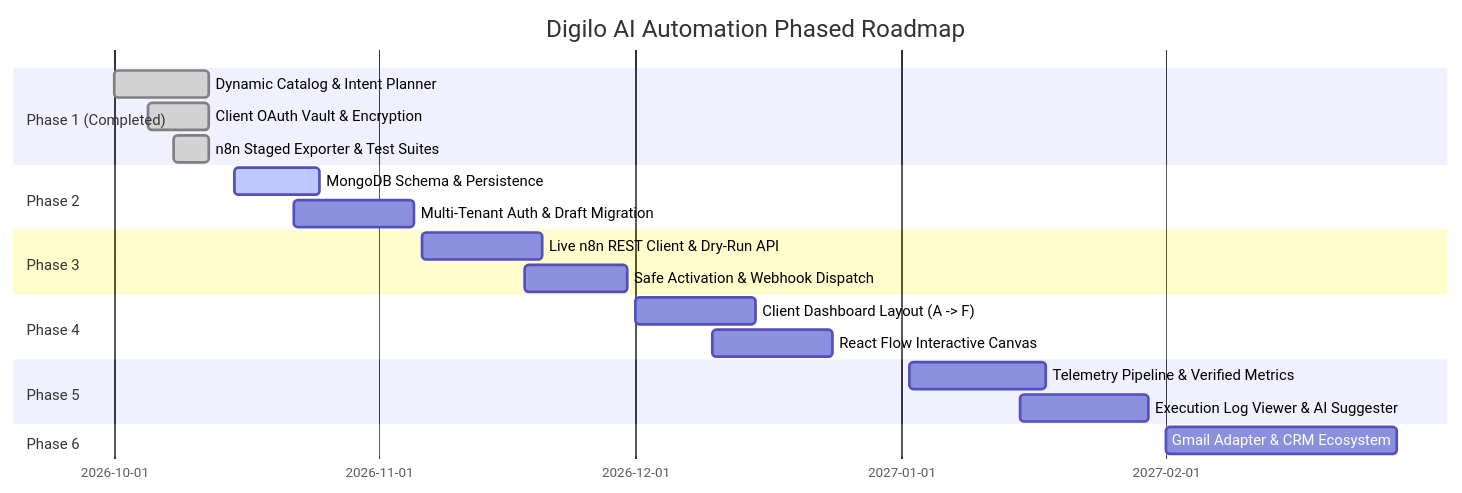
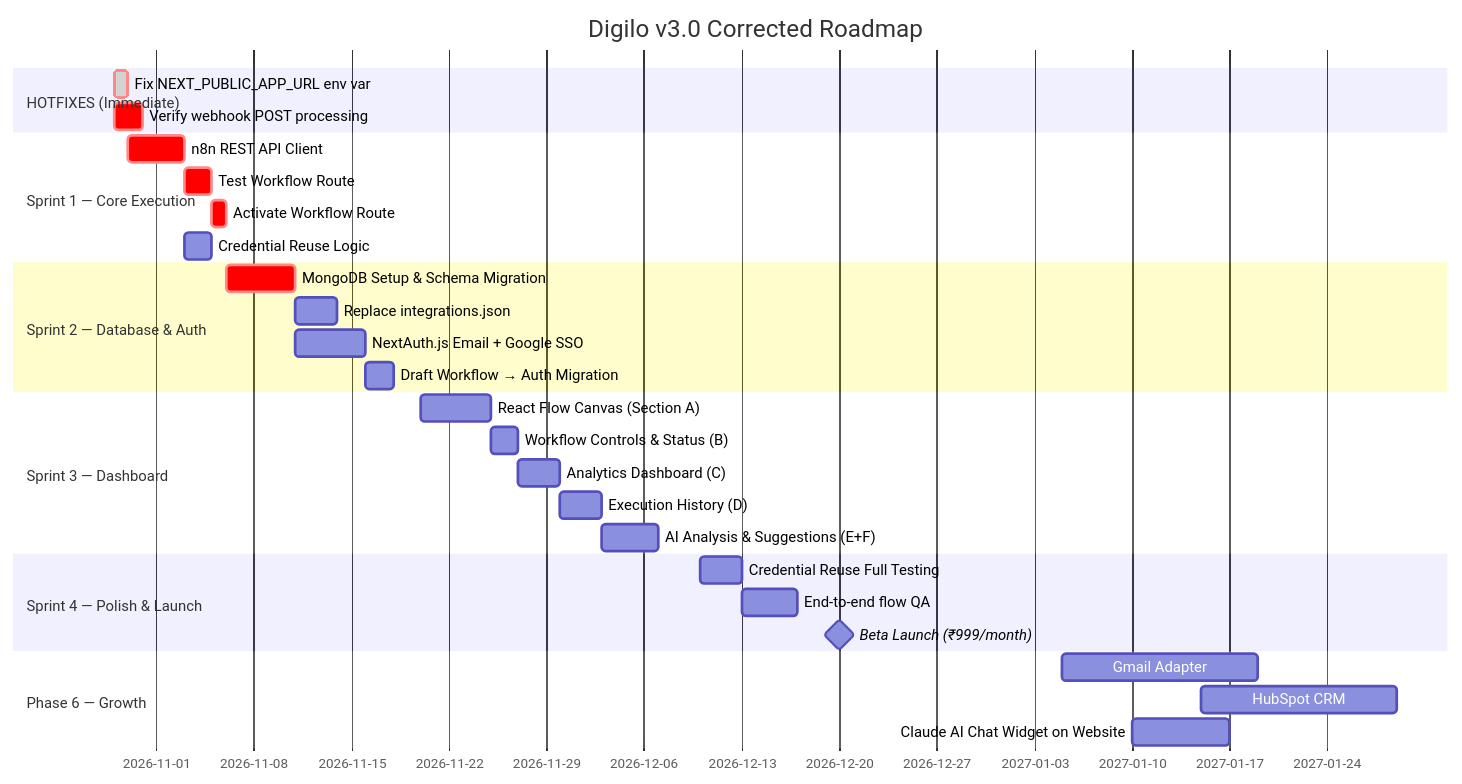
Before and after one commit to Mraushan28/DigiLo: the second of 2 diagrams in DIGILO_AI_AUTOMATION_PRD.md, drawn with Mermaid. The commit also changed other lines of this file and 11 other files, not shown here.

````diff
--- a/DIGILO_AI_AUTOMATION_PRD.md
+++ b/DIGILO_AI_AUTOMATION_PRD.md
@@ -594,23 +1084,32 @@
 ```mermaid
 gantt
-    title Digilo AI Automation Phased Roadmap
+    title Digilo v3.0 Corrected Roadmap
     dateFormat  YYYY-MM-DD
-    section Phase 1 (Completed)
-    Dynamic Catalog & Intent Planner     :done, p1_1, 2026-10-01, 2026-10-12
-    Client OAuth Vault & Encryption      :done, p1_2, 2026-10-05, 2026-10-12
-    n8n Staged Exporter & Test Suites   :done, p1_3, 2026-10-08, 2026-10-12
-    section Phase 2
-    MongoDB Schema & Persistence        :active, p2_1, 2026-10-15, 2026-10-25
-    Multi-Tenant Auth & Draft Migration :p2_2, 2026-10-22, 2026-11-05
-    section Phase 3
-    Live n8n REST Client & Dry-Run API   :p3_1, 2026-11-06, 2026-11-20
-    Safe Activation & Webhook Dispatch   :p3_2, 2026-11-18, 2026-11-30
-    section Phase 4
-    Client Dashboard Layout (A -> F)     :p4_1, 2026-12-01, 2026-12-15
-    React Flow Interactive Canvas        :p4_2, 2026-12-10, 2026-12-24
-    section Phase 5
-    Telemetry Pipeline & Verified Metrics:p5_1, 2027-01-02, 2027-01-18
-    Execution Log Viewer & AI Suggester :p5_2, 2027-01-15, 2027-01-30
-    section Phase 6
-    Gmail Adapter & CRM Ecosystem        :p6_1, 2027-02-01, 2027-02-28
+    section HOTFIXES (Immediate)
+    Fix NEXT_PUBLIC_APP_URL env var     :crit, done, hf1, 2026-10-29, 1d
+    Verify webhook POST processing      :crit, hf2, 2026-10-29, 2d
+    section Sprint 1 — Core Execution
+    n8n REST API Client                 :crit, s1a, 2026-10-30, 4d
+    Test Workflow Route                 :crit, s1b, after s1a, 2d
+    Activate Workflow Route             :crit, s1c, after s1b, 1d
+    Credential Reuse Logic              :s1d, after s1a, 2d
+    section Sprint 2 — Database & Auth
+    MongoDB Setup & Schema Migration    :crit, s2a, 2026-11-06, 5d
+    Replace integrations.json           :s2b, after s2a, 3d
+    NextAuth.js Email + Google SSO      :s2c, after s2a, 5d
+    Draft Workflow → Auth Migration     :s2d, after s2c, 2d
+    section Sprint 3 — Dashboard
+    React Flow Canvas (Section A)       :s3a, 2026-11-20, 5d
+    Workflow Controls & Status (B)      :s3b, after s3a, 2d
+    Analytics Dashboard (C)            :s3c, after s3b, 3d
+    Execution History (D)              :s3d, after s3c, 3d
+    AI Analysis & Suggestions (E+F)    :s3e, after s3d, 4d
+    section Sprint 4 — Polish & Launch
+    Credential Reuse Full Testing       :s4a, 2026-12-10, 3d
+    End-to-end flow QA                  :s4b, after s4a, 4d
+    Beta Launch (₹999/month)           :milestone, launch, 2026-12-20, 0d
+    section Phase 6 — Growth
+    Gmail Adapter                       :p6a, 2027-01-05, 14d
+    HubSpot CRM                         :p6b, 2027-01-15, 14d
+    Claude AI Chat Widget on Website    :p6c, 2027-01-10, 7d
 ```
````
